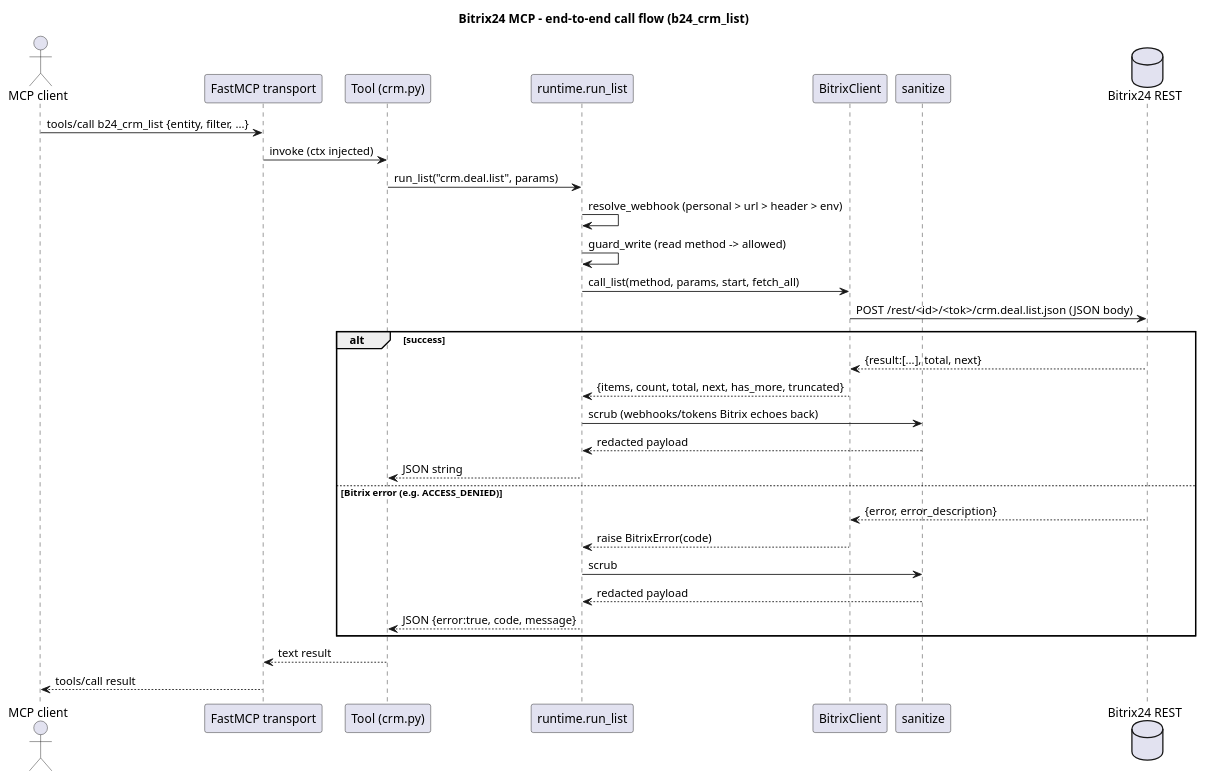
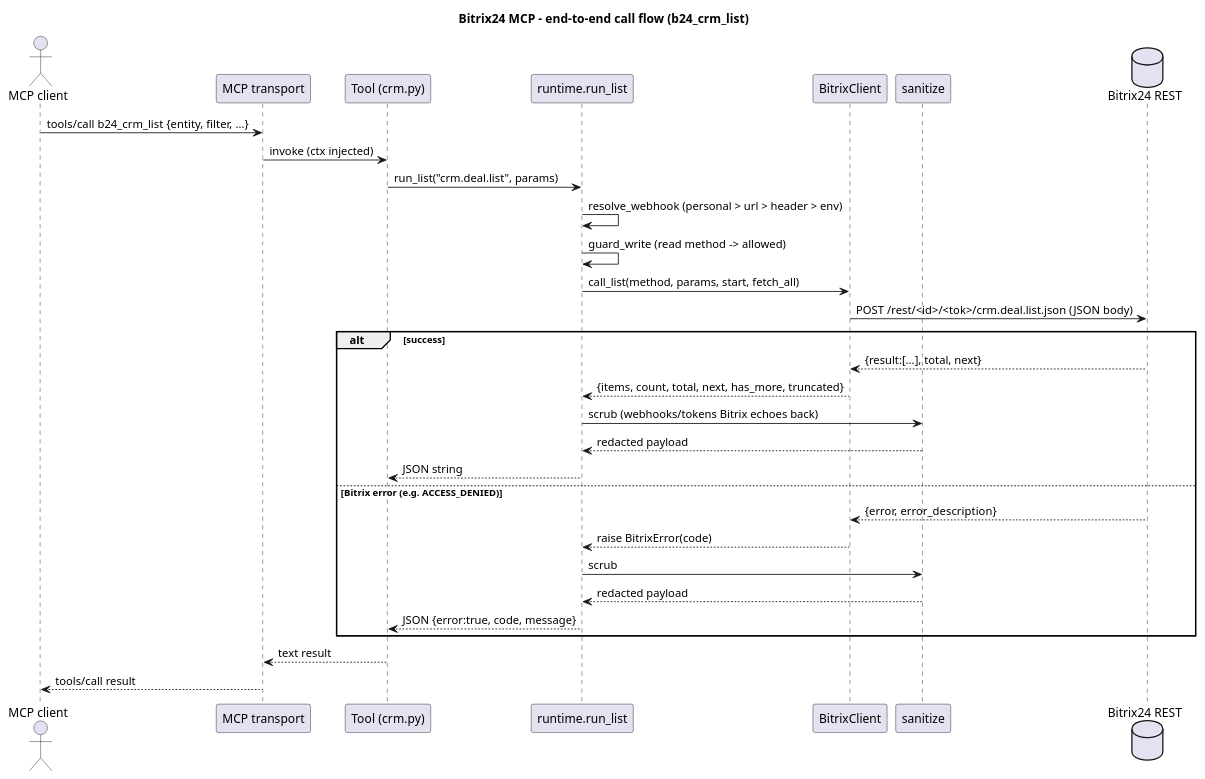
The diagram in docs/diagrams/sequence.puml (john7ross/BitrixMCP), drawn with PlantUML before and after one commit. The commit also changed 34 other files, not shown here.

```diff
--- a/docs/diagrams/sequence.puml
+++ b/docs/diagrams/sequence.puml
@@ -1,38 +1,38 @@
 @startuml bitrix_mcp_sequence
 ' Main end-to-end flow: an agent calls a typed list tool.
 ' Render: java -jar plantuml.jar -tpng docs/diagrams/sequence.puml
 
 title Bitrix24 MCP - end-to-end call flow (b24_crm_list)
 
 actor "MCP client" as C
-participant "FastMCP transport" as T
+participant "MCP transport" as T
 participant "Tool (crm.py)" as TL
 participant "runtime.run_list" as R
 participant "BitrixClient" as B
 participant "sanitize" as S
 database "Bitrix24 REST" as P
 
 C -> T : tools/call b24_crm_list {entity, filter, ...}
 T -> TL : invoke (ctx injected)
 TL -> R : run_list("crm.deal.list", params)
 R -> R : resolve_webhook (personal > url > header > env)
 R -> R : guard_write (read method -> allowed)
 R -> B : call_list(method, params, start, fetch_all)
 B -> P : POST /rest/<id>/<tok>/crm.deal.list.json  (JSON body)
 alt success
   P --> B : {result:[...], total, next}
   B --> R : {items, count, total, next, has_more, truncated}
   R -> S : scrub (webhooks/tokens Bitrix echoes back)
   S --> R : redacted payload
   R --> TL : JSON string
 else Bitrix error (e.g. ACCESS_DENIED)
   P --> B : {error, error_description}
   B --> R : raise BitrixError(code)
   R -> S : scrub
   S --> R : redacted payload
   R --> TL : JSON {error:true, code, message}
 end
 TL --> T : text result
 T --> C : tools/call result
 
 @enduml
```
